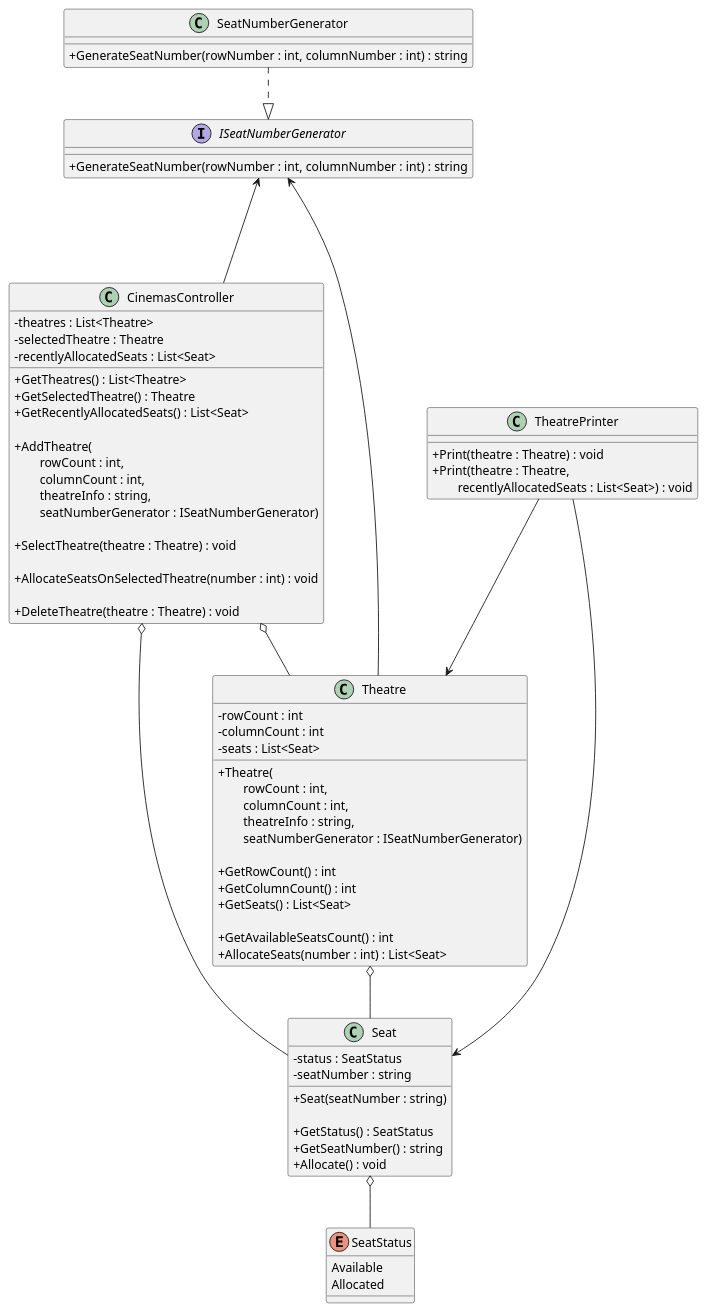
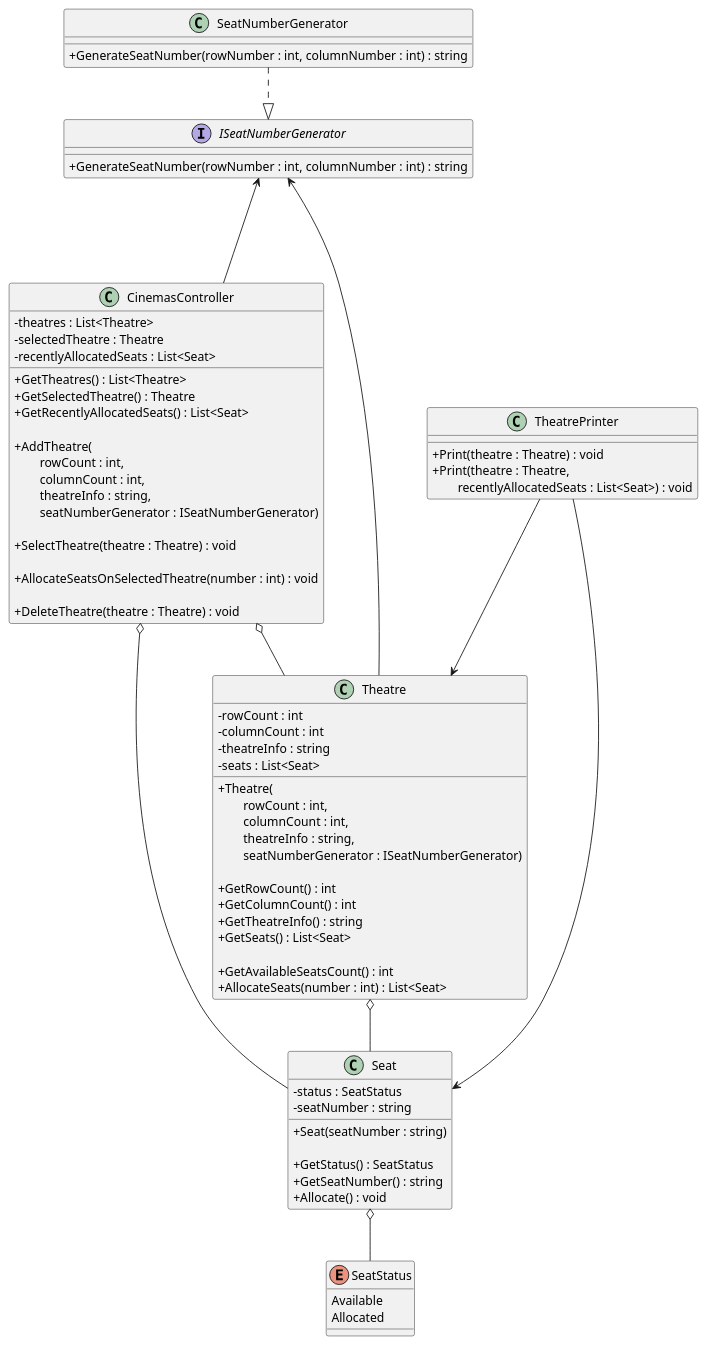
One commit to iamfranco/CinnamonCinemasChallenge changed the diagram in diagrams/cinnamonCinemas.puml. Above: the diagram before and after it, drawn with PlantUML. The commit also changed 1 other file, not shown here.

Commit message:
UML: add TheatreInfo property to Theatre class

```diff
--- a/diagrams/cinnamonCinemas.puml
+++ b/diagrams/cinnamonCinemas.puml
@@ -1,89 +1,91 @@
 @startuml "cinnamon cinemas"
 skinparam ClassAttributeIconSize 0
 
 class TheatrePrinter {
     + Print(theatre : Theatre) : void
     + Print(theatre : Theatre, \n\
         recentlyAllocatedSeats : List<Seat>) : void
 }
 
 interface ISeatNumberGenerator {
     + GenerateSeatNumber(rowNumber : int, columnNumber : int) : string
 }
 
 class SeatNumberGenerator {
     + GenerateSeatNumber(rowNumber : int, columnNumber : int) : string
 }
 
 class CinemasController {
     - theatres : List<Theatre>
     - selectedTheatre : Theatre
     - recentlyAllocatedSeats : List<Seat>
 
     + GetTheatres() : List<Theatre>
     + GetSelectedTheatre() : Theatre
     + GetRecentlyAllocatedSeats() : List<Seat>
 
     + AddTheatre(\n\
         rowCount : int, \n\
         columnCount : int, \n\
         theatreInfo : string, \n\
         seatNumberGenerator : ISeatNumberGenerator)
 
     + SelectTheatre(theatre : Theatre) : void
 
     + AllocateSeatsOnSelectedTheatre(number : int) : void
 
     + DeleteTheatre(theatre : Theatre) : void
 }
 
 class Theatre {
     - rowCount : int
     - columnCount : int
+    - theatreInfo : string
     - seats : List<Seat>
 
     + Theatre(\n\
         rowCount : int, \n\
         columnCount : int, \n\
         theatreInfo : string, \n\
         seatNumberGenerator : ISeatNumberGenerator)
 
     + GetRowCount() : int
     + GetColumnCount() : int
+    + GetTheatreInfo() : string
     + GetSeats() : List<Seat>
 
     + GetAvailableSeatsCount() : int
     + AllocateSeats(number : int) : List<Seat>
 }
 
 class Seat {
     - status : SeatStatus
     - seatNumber : string
 
     + Seat(seatNumber : string)
 
     + GetStatus() : SeatStatus
     + GetSeatNumber() : string
     + Allocate() : void
 }
 
 Enum SeatStatus {
     Available
     Allocated
 }
 
 CinemasController o-- Theatre
 CinemasController o--- Seat
 CinemasController --u-> ISeatNumberGenerator
 
 TheatrePrinter --> Theatre
 TheatrePrinter ---> Seat
 
 Theatre o-- Seat
 Theatre --u-> ISeatNumberGenerator
 
 ISeatNumberGenerator <|.u. SeatNumberGenerator
 
 Seat o-- SeatStatus
 
 @enduml
```
